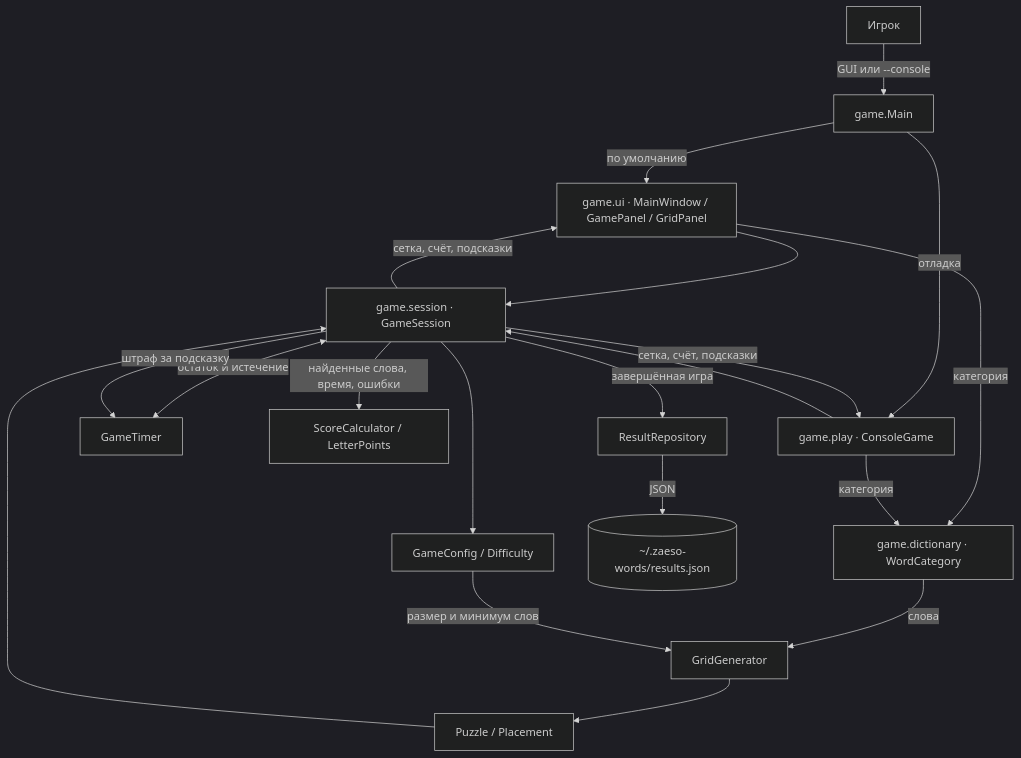
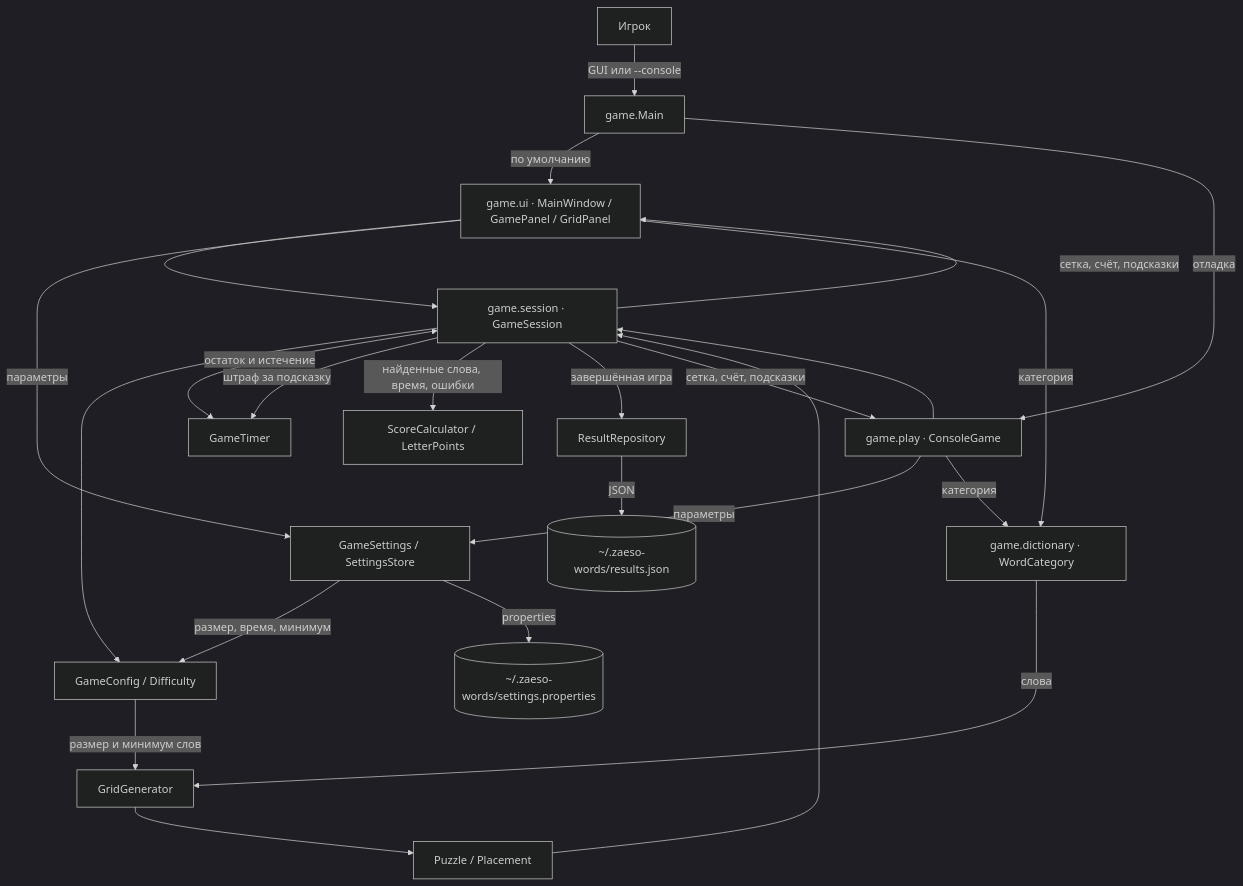
The first of 4 diagrams in zaeso-Words-Roadmap.md (zaeso/zaeso-Words), drawn with Mermaid (dark theme) before and after one commit. The commit also changed other lines of this file and 10 other files, not shown here.

````diff
--- a/zaeso-Words-Roadmap.md
+++ b/zaeso-Words-Roadmap.md
@@ -148,22 +159,26 @@
 ```mermaid
 flowchart TB
     U["Игрок"] -->|"GUI или --console"| M["game.Main"]
     M -->|"по умолчанию"| UI["game.ui · MainWindow / GamePanel / GridPanel"]
     M -->|"отладка"| C["game.play · ConsoleGame"]
     UI --> S["game.session · GameSession"]
     C --> S
     S --> CFG["GameConfig / Difficulty"]
+    UI -->|"параметры"| SET["GameSettings / SettingsStore"]
+    C -->|"параметры"| SET
+    SET -->|"размер, время, минимум"| CFG
+    SET -->|"properties"| SETSTORE[("~/.zaeso-words/settings.properties")]
     UI -->|"категория"| D["game.dictionary · WordCategory"]
     C -->|"категория"| D
     D -->|"слова"| G
     CFG -->|"размер и минимум слов"| G["GridGenerator"]
     G --> P["Puzzle / Placement"]
     P --> S
     S <-->|"остаток и истечение"| T["GameTimer"]
     S -->|"штраф за подсказку"| T
     S -->|"найденные слова, время, ошибки"| SC["ScoreCalculator / LetterPoints"]
     S -->|"завершённая игра"| R["ResultRepository"]
     R -->|"JSON"| STORE[("~/.zaeso-words/results.json")]
     S -->|"сетка, счёт, подсказки"| UI
     S -->|"сетка, счёт, подсказки"| C
 ```
````
